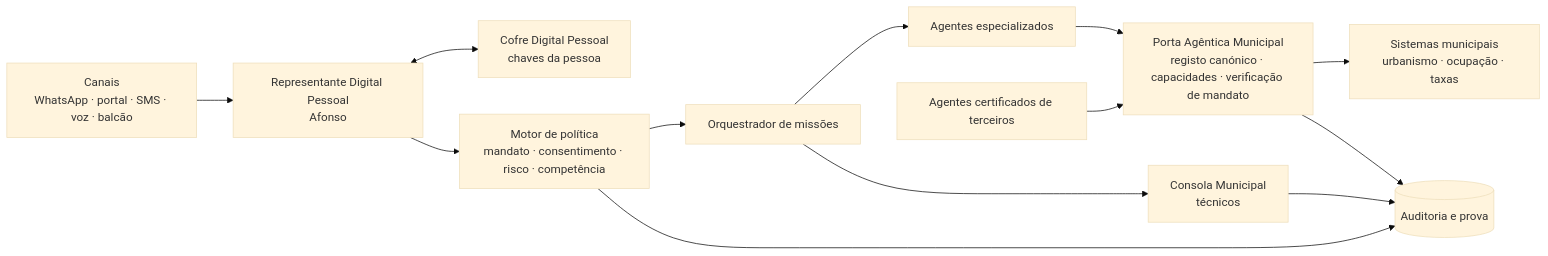
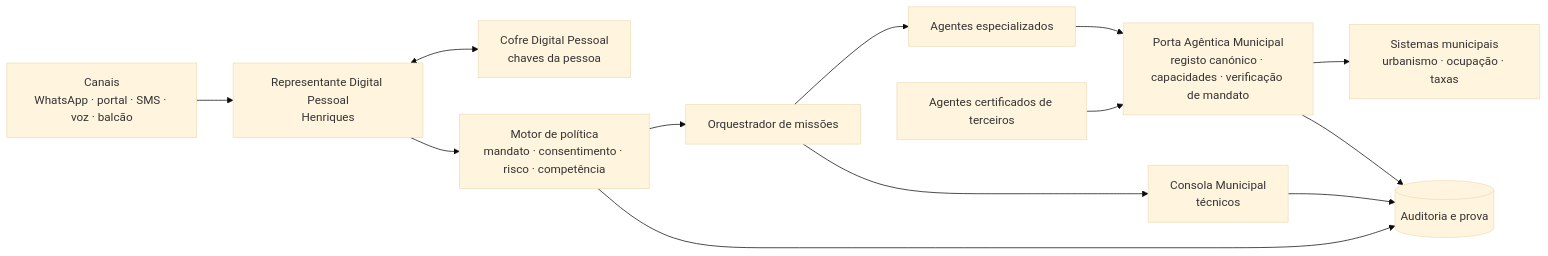
One commit to mhaddad/delegate changed the first of 4 diagrams in specs/10-arquitetura.md. Above: the diagram before and after it, drawn with Mermaid (base theme). The commit also changed 111 other files, not shown here.

First line of the commit message:
refactor: renomear o representante digital de Afonso para Henriques

````diff
--- a/specs/10-arquitetura.md
+++ b/specs/10-arquitetura.md
@@ -7,15 +7,15 @@
 ```mermaid
 flowchart LR
-  C[Canais<br/>WhatsApp · portal · SMS · voz · balcão] --> R[Representante Digital Pessoal<br/>Afonso]
+  C[Canais<br/>WhatsApp · portal · SMS · voz · balcão] --> R[Representante Digital Pessoal<br/>Henriques]
   R <--> V[Cofre Digital Pessoal<br/>chaves da pessoa]
   R --> P[Motor de política<br/>mandato · consentimento · risco · competência]
   P --> O[Orquestrador de missões]
   O --> A[Agentes especializados]
   A --> G[Porta Agêntica Municipal<br/>registo canónico · capacidades · verificação de mandato]
   T[Agentes certificados de terceiros] --> G
   G --> M[Sistemas municipais<br/>urbanismo · ocupação · taxas]
   O --> K[Consola Municipal<br/>técnicos]
   G --> L[(Auditoria e prova)]
   P --> L
   K --> L
 ```
````
